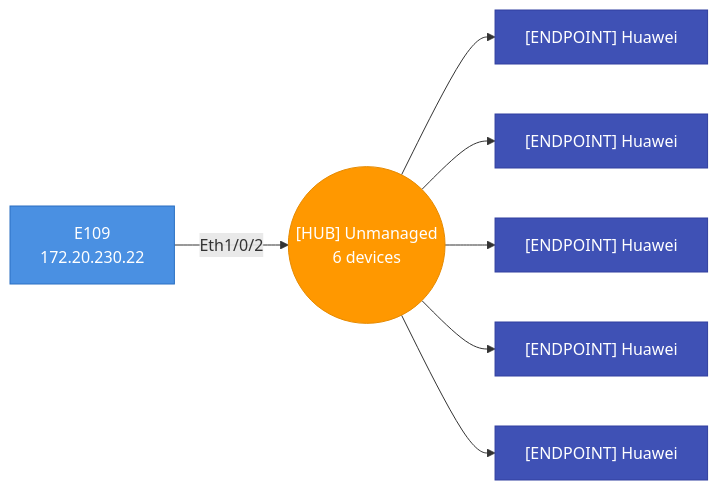
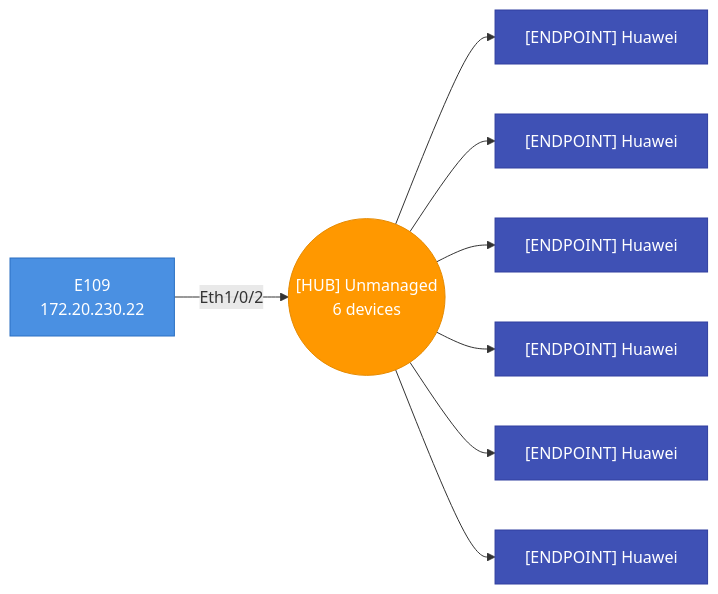
Before and after one commit to djamic/LLDP-Skanner-Go: diagram 20 of 47 in testdata/golden/audit_default.md, drawn with Mermaid. The commit also changed other lines of this file and 12 other files, not shown here.

````diff
--- a/testdata/golden/audit_default.md
+++ b/testdata/golden/audit_default.md
@@ -1792,23 +1945,26 @@
 ```mermaid
 graph LR
   hub_f8f0827ad969_p2(("[HUB] Unmanaged<br>6 devices"))
   f8f0827ad969["E109<br>172.20.230.22"]
   f8f0827ad969-- "Eth1/0/2" -->hub_f8f0827ad969_p2
   style f8f0827ad969 fill:#4A90E2,stroke:#2A6FC2,color:#fff
   bc9b5e37bf12["[ENDPOINT] Huawei"]
   hub_f8f0827ad969_p2-->bc9b5e37bf12
   style bc9b5e37bf12 fill:#3F51B5,stroke:#303F9F,color:#fff
   bc9b5e37bf14["[ENDPOINT] Huawei"]
   hub_f8f0827ad969_p2-->bc9b5e37bf14
   style bc9b5e37bf14 fill:#3F51B5,stroke:#303F9F,color:#fff
   bc9b5e37bf21["[ENDPOINT] Huawei"]
   hub_f8f0827ad969_p2-->bc9b5e37bf21
   style bc9b5e37bf21 fill:#3F51B5,stroke:#303F9F,color:#fff
   bc9b5e37bf24["[ENDPOINT] Huawei"]
   hub_f8f0827ad969_p2-->bc9b5e37bf24
   style bc9b5e37bf24 fill:#3F51B5,stroke:#303F9F,color:#fff
   bc9b5e37bf35["[ENDPOINT] Huawei"]
   hub_f8f0827ad969_p2-->bc9b5e37bf35
   style bc9b5e37bf35 fill:#3F51B5,stroke:#303F9F,color:#fff
+  bc9b5e37bf5b["[ENDPOINT] Huawei"]
+  hub_f8f0827ad969_p2-->bc9b5e37bf5b
+  style bc9b5e37bf5b fill:#3F51B5,stroke:#303F9F,color:#fff
   style hub_f8f0827ad969_p2 fill:#FF9800,stroke:#E68A00,color:#fff
 ```
````
